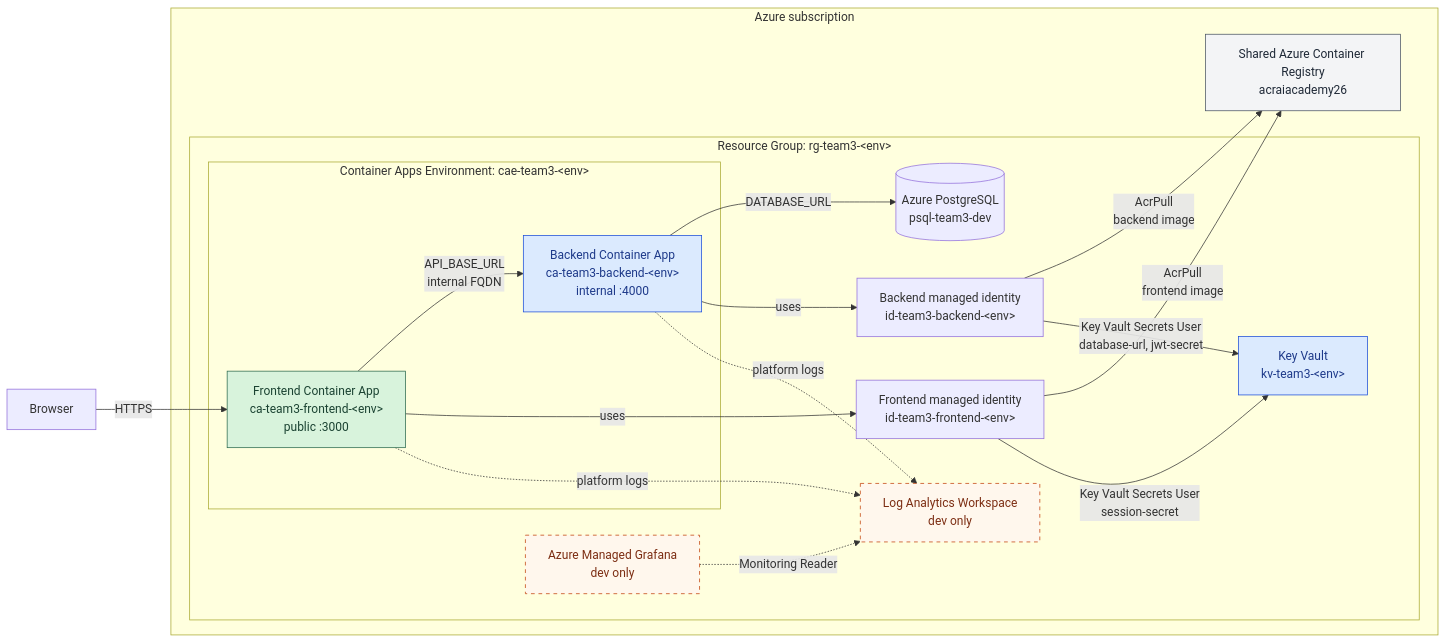
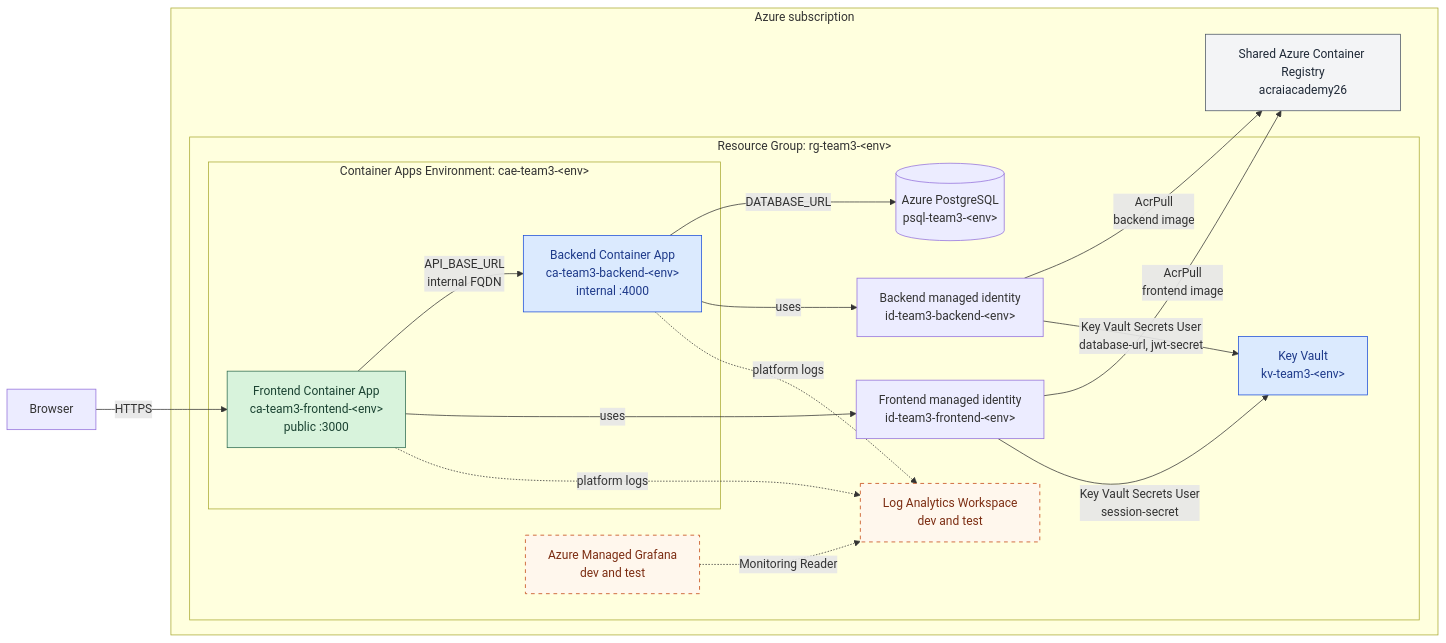
Before and after one commit to kainos-birmingham-academy-2026/team3-backend: the diagram in infrastructure/README.md, drawn with Mermaid. The commit also changed other lines of this file and 2 other files, not shown here.

Commit message:
Isolate test environment deployments (#58)

````diff
--- a/infrastructure/README.md
+++ b/infrastructure/README.md
@@ -13,47 +25,47 @@
 ```mermaid
 flowchart LR
 	user[Browser]
 
 	subgraph azure[Azure subscription]
 		acr["Shared Azure Container Registry<br/>acraiacademy26"]
 
 		subgraph rg["Resource Group: rg-team3-&lt;env&gt;"]
 			vault["Key Vault<br/>kv-team3-&lt;env&gt;"]
-			postgres[("Azure PostgreSQL<br/>psql-team3-dev")]
+			postgres[("Azure PostgreSQL<br/>psql-team3-&lt;env&gt;")]
 
 			subgraph cae["Container Apps Environment: cae-team3-&lt;env&gt;"]
 				frontend["Frontend Container App<br/>ca-team3-frontend-&lt;env&gt;<br/>public :3000"]
 				backend["Backend Container App<br/>ca-team3-backend-&lt;env&gt;<br/>internal :4000"]
 			end
 
 			frontendIdentity["Frontend managed identity<br/>id-team3-frontend-&lt;env&gt;"]
 			backendIdentity["Backend managed identity<br/>id-team3-backend-&lt;env&gt;"]
-			logs["Log Analytics Workspace<br/>dev only"]
-			grafana["Azure Managed Grafana<br/>dev only"]
+			logs["Log Analytics Workspace<br/>dev and test"]
+			grafana["Azure Managed Grafana<br/>dev and test"]
 		end
 	end
 
 	user -->|HTTPS| frontend
 	frontend -->|"API_BASE_URL<br/>internal FQDN"| backend
 	backend -->|DATABASE_URL| postgres
 
 	frontend -->|uses| frontendIdentity
 	backend -->|uses| backendIdentity
 	frontendIdentity -->|"AcrPull<br/>frontend image"| acr
 	backendIdentity -->|"AcrPull<br/>backend image"| acr
 	frontendIdentity -->|"Key Vault Secrets User<br/>session-secret"| vault
 	backendIdentity -->|"Key Vault Secrets User<br/>database-url, jwt-secret"| vault
 
 	frontend -. platform logs .-> logs
 	backend -. platform logs .-> logs
 	grafana -. Monitoring Reader .-> logs
 
 	classDef public fill:#d8f3dc,stroke:#2d6a4f,color:#1b4332
 	classDef private fill:#dbeafe,stroke:#1d4ed8,color:#1e3a8a
 	classDef external fill:#f3f4f6,stroke:#4b5563,color:#1f2937
-	classDef devOnly fill:#fff7ed,stroke:#c2410c,stroke-dasharray:5 5,color:#7c2d12
+	classDef monitored fill:#fff7ed,stroke:#c2410c,stroke-dasharray:5 5,color:#7c2d12
 	class frontend public
 	class backend,vault private
 	class acr external
-	class logs,grafana devOnly
+	class logs,grafana monitored
 ```
````
